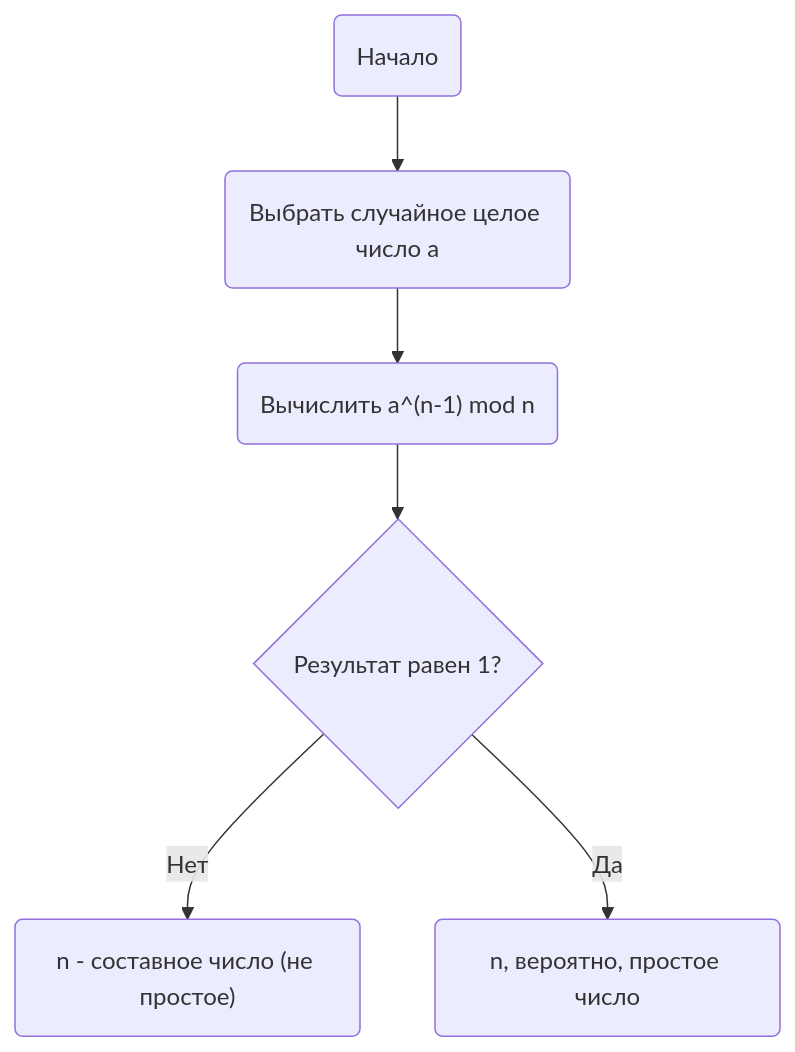
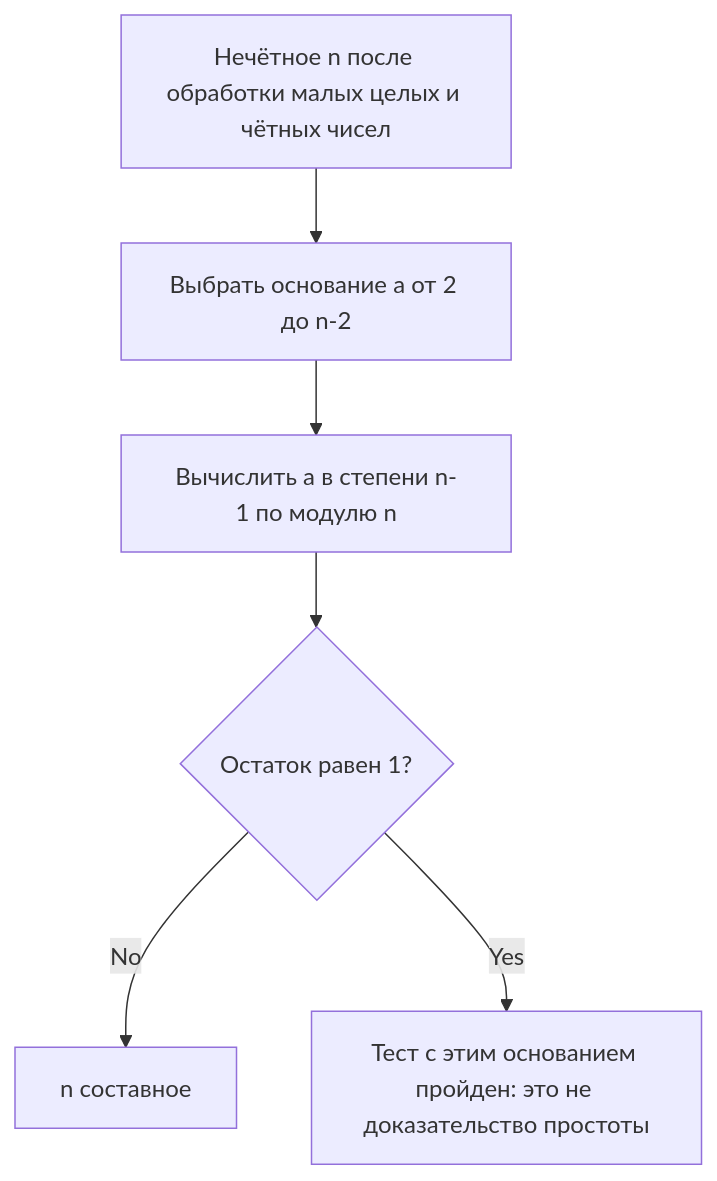
Before and after one commit to kenjinote/blog: the first of 2 diagrams in content/post/fermats-little-theorem/index.ru.md, drawn with Mermaid. The commit also changed other lines of this file and 5 other files, not shown here.

````diff
--- a/content/post/fermats-little-theorem/index.ru.md
+++ b/content/post/fermats-little-theorem/index.ru.md
@@ -84,8 +56,8 @@
 ```mermaid
 flowchart TD
-    Start("Начало") --> ChooseA("Выбрать случайное целое число a")
-    ChooseA --> Calc("Вычислить a^(n-1) mod n")
-    Calc --> Check{"Результат равен 1?"}
-    Check -- "Нет" --> Composite("n - составное число (не простое)")
-    Check -- "Да" --> ProbPrime("n, вероятно, простое число")
+    Input["Нечётное n после обработки малых целых и чётных чисел"] --> Choose["Выбрать основание a от 2 до n-2"]
+    Choose --> Calc["Вычислить a в степени n-1 по модулю n"]
+    Calc --> Check{"Остаток равен 1?"}
+    Check -- No --> Composite["n составное"]
+    Check -- Yes --> Pass["Тест с этим основанием пройден: это не доказательство простоты"]
 ```
````
